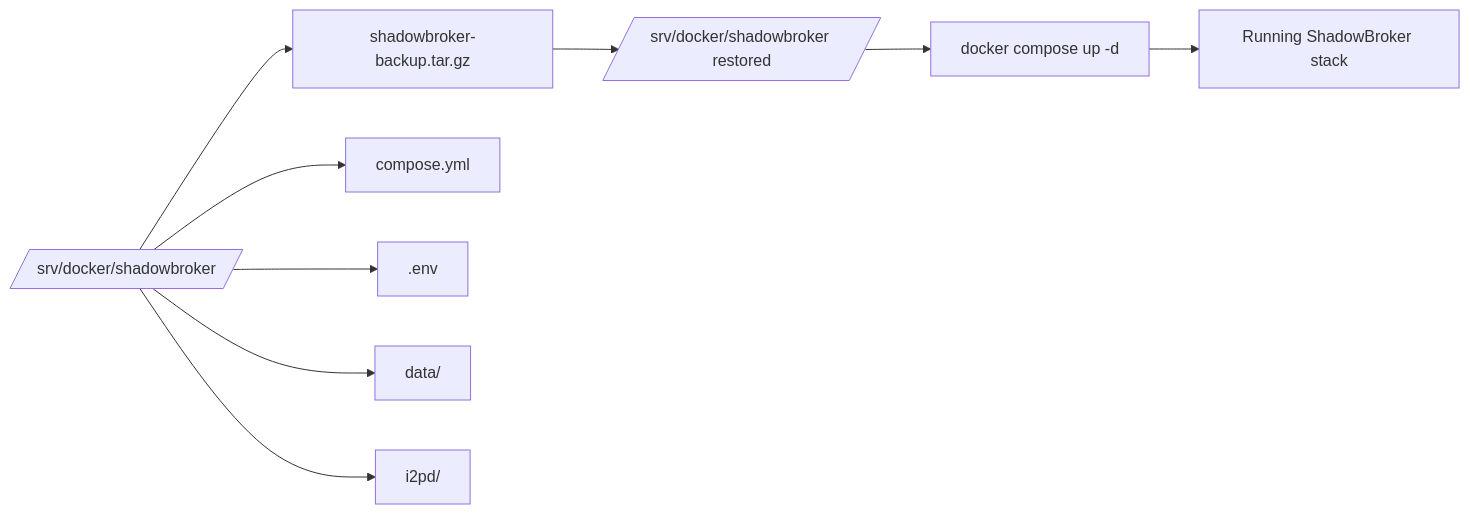
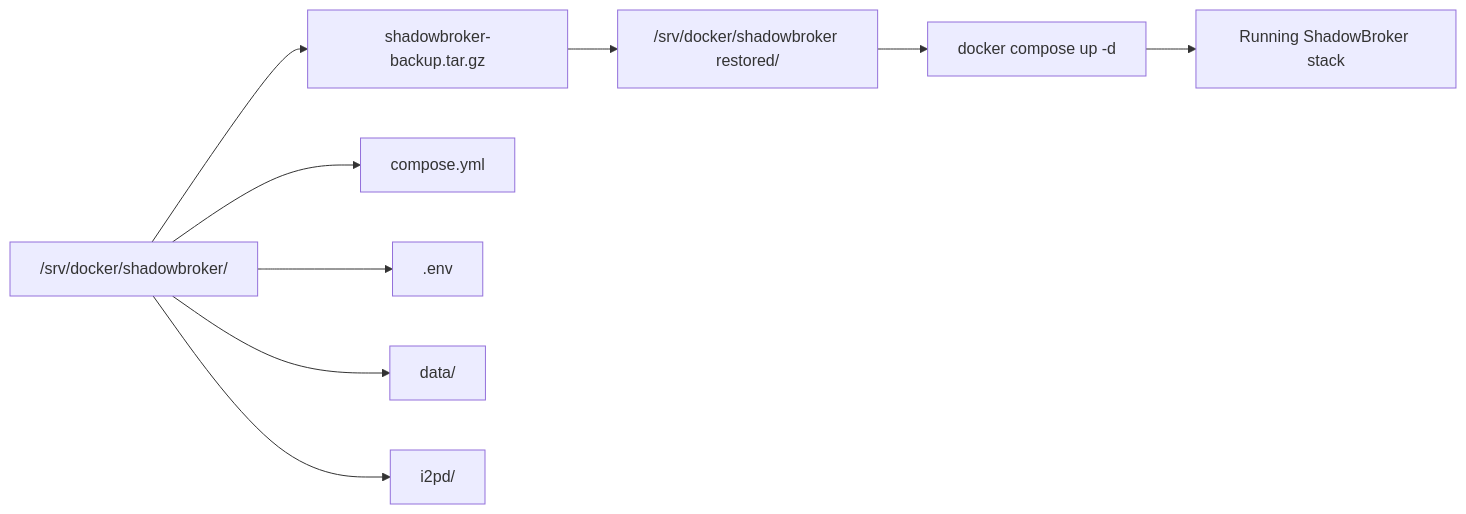
The eighth of 16 diagrams in ShadowBroker_Complete_Documentation_Runbook.md (pirocorp/Ubuntu-Media-Server-Homelab-Setup-Guide), drawn with Mermaid before and after one commit. The commit also changed other lines of this file, not shown here.

````diff
--- a/ShadowBroker_Complete_Documentation_Runbook.md
+++ b/ShadowBroker_Complete_Documentation_Runbook.md
@@ -518,12 +518,12 @@
 ```mermaid
 flowchart LR
-    AppDir[/srv/docker/shadowbroker/] --> Archive[shadowbroker-backup.tar.gz]
-    Archive --> RestorePath[/srv/docker/shadowbroker restored/]
-    RestorePath --> ComposeUp[docker compose up -d]
-    ComposeUp --> Running[Running ShadowBroker stack]
+    AppDir["/srv/docker/shadowbroker/"] --> Archive["shadowbroker-backup.tar.gz"]
+    Archive --> RestorePath["/srv/docker/shadowbroker restored/"]
+    RestorePath --> ComposeUp["docker compose up -d"]
+    ComposeUp --> Running["Running ShadowBroker stack"]
 
-    AppDir --> Compose[compose.yml]
-    AppDir --> Env[.env]
-    AppDir --> Data[data/]
-    AppDir --> I2PData[i2pd/]
+    AppDir --> Compose["compose.yml"]
+    AppDir --> Env[".env"]
+    AppDir --> Data["data/"]
+    AppDir --> I2PData["i2pd/"]
 ```
````
